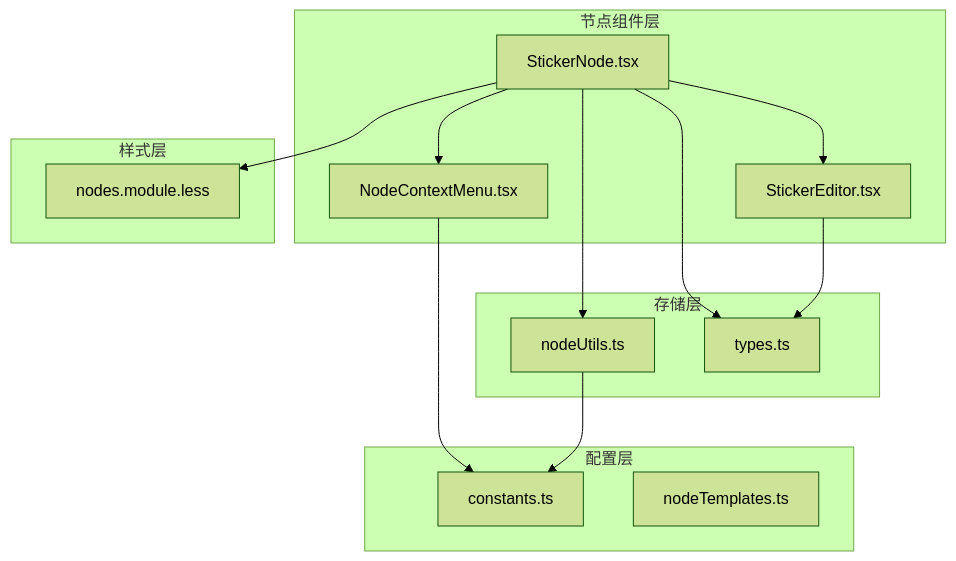
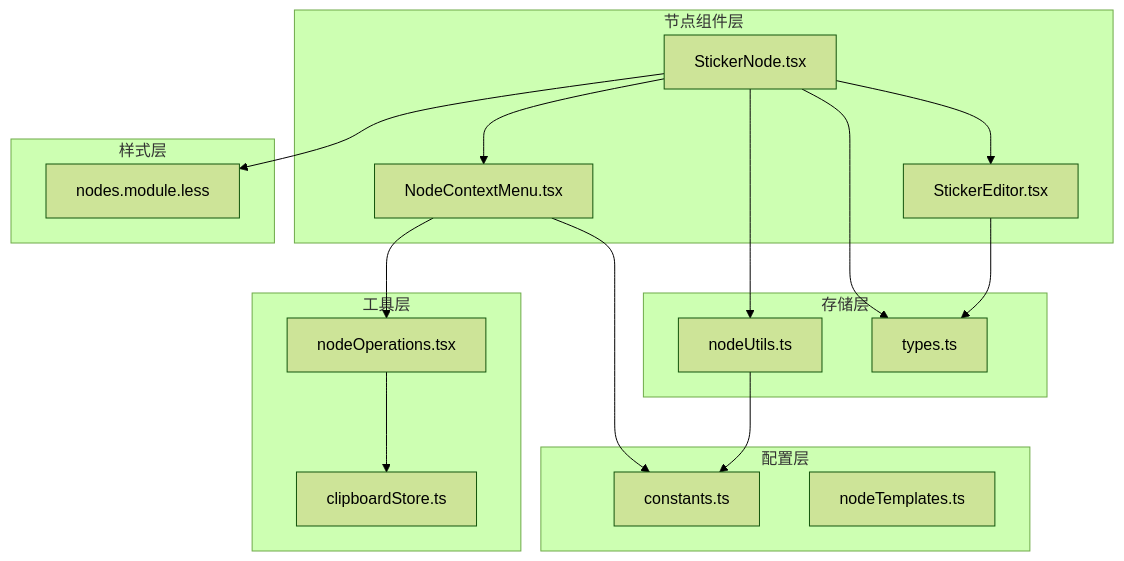
One commit to kqcoxn/MaaPipelineEditor changed the first of 6 diagrams in .qoder/repowiki/zh/content/核心概念/节点/贴纸节点.md. Above: the diagram before and after it, drawn with Mermaid (forest theme). The commit also changed other lines of this file and 8 other files, not shown here.

````diff
--- a/.qoder/repowiki/zh/content/核心概念/节点/贴纸节点.md
+++ b/.qoder/repowiki/zh/content/核心概念/节点/贴纸节点.md
@@ -45,27 +56,33 @@
 ```mermaid
 graph TB
 subgraph "节点组件层"
 SN[StickerNode.tsx]
 SE[StickerEditor.tsx]
 NC[NodeContextMenu.tsx]
 end
 subgraph "存储层"
 NU[nodeUtils.ts]
 TS[types.ts]
 end
 subgraph "样式层"
 NM[nodes.module.less]
 end
 subgraph "配置层"
 CT[constants.ts]
 NT[nodeTemplates.ts]
 end
+subgraph "工具层"
+NO[nodeOperations.tsx]
+CS[clipboardStore.ts]
+end
 SN --> SE
 SN --> NC
 SN --> NU
 SN --> TS
 SN --> NM
 SE --> TS
 NC --> CT
+NC --> NO
 NU --> CT
+NO --> CS
 ```
````
